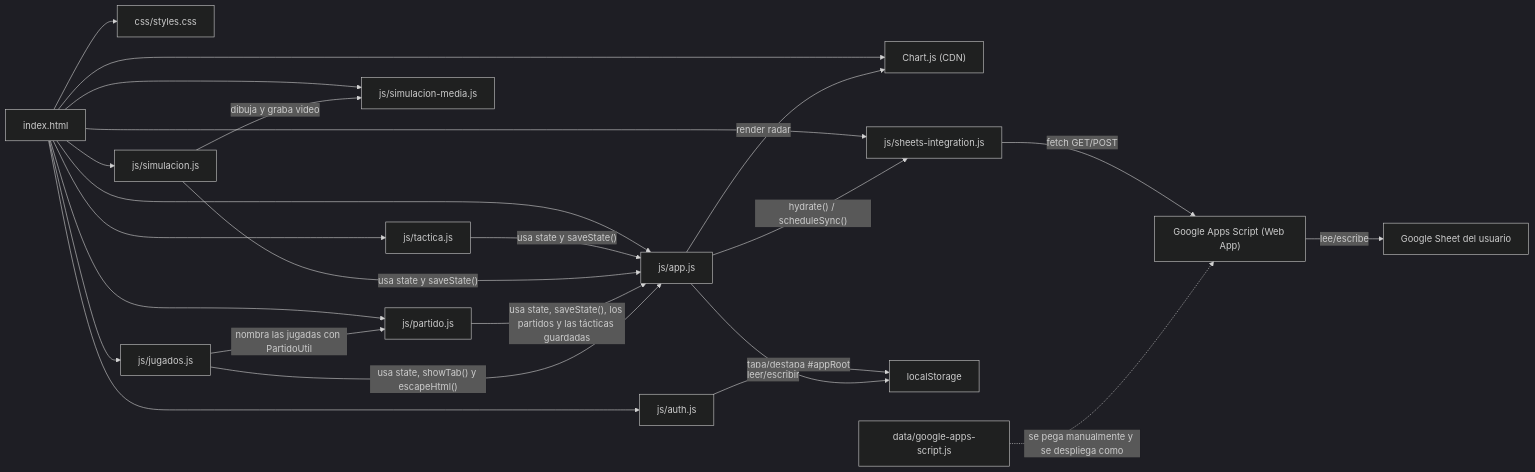
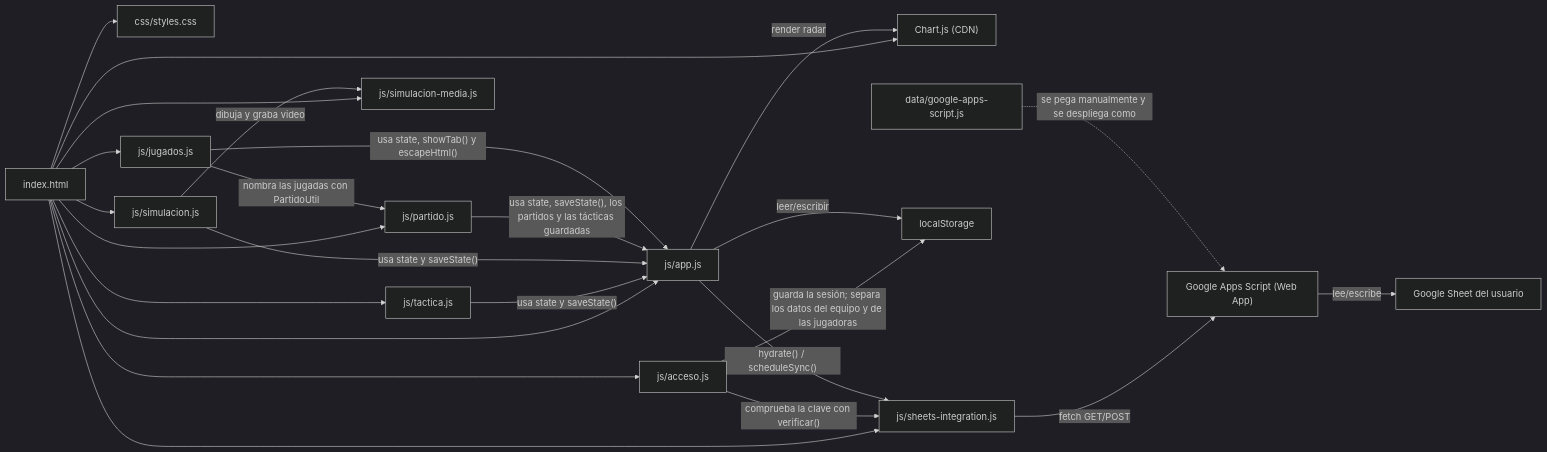
Before and after one commit to Lechuza22/DtCommander: the diagram in codemap/ARCHITECTURE.md, drawn with Mermaid (dark theme). The commit also changed other lines of this file, not shown here.

Commit message:
Acceso por roles (etapa A): entrada con clave del DT o del soporte, candado en el Apps Script y sin credenciales en el codigo

````diff
--- a/codemap/ARCHITECTURE.md
+++ b/codemap/ARCHITECTURE.md
@@ -18,30 +18,31 @@
 ```mermaid
 graph LR
     HTML["index.html"] --> CSS["css/styles.css"]
-    HTML --> AuthJS["js/auth.js"]
+    HTML --> AccesoJS["js/acceso.js"]
     HTML --> ChartJS["Chart.js (CDN)"]
     HTML --> SheetsJS["js/sheets-integration.js"]
     HTML --> AppJS["js/app.js"]
     HTML --> TacticaJS["js/tactica.js"]
     HTML --> SimMediaJS["js/simulacion-media.js"]
     HTML --> SimJS["js/simulacion.js"]
     HTML --> PartidoJS["js/partido.js"]
     HTML --> JugadosJS["js/jugados.js"]
 
-    AuthJS -->|"tapa/destapa #appRoot"| LocalStorage["localStorage"]
+    AccesoJS -->|"guarda la sesión; separa los datos del equipo y de las jugadoras"| LocalStorage["localStorage"]
+    AccesoJS -->|"comprueba la clave con verificar()"| SheetsJS
 
     AppJS -->|"render radar"| ChartJS
     AppJS -->|"leer/escribir"| LocalStorage["localStorage"]
     AppJS -->|"hydrate() / scheduleSync()"| SheetsJS
     TacticaJS -->|"usa state y saveState()"| AppJS
     SimJS -->|"usa state y saveState()"| AppJS
     SimJS -->|"dibuja y graba video"| SimMediaJS
     PartidoJS -->|"usa state, saveState(), los partidos y las tácticas guardadas"| AppJS
     JugadosJS -->|"usa state, showTab() y escapeHtml()"| AppJS
     JugadosJS -->|"nombra las jugadas con PartidoUtil"| PartidoJS
 
     SheetsJS -->|"fetch GET/POST"| WebApp["Google Apps Script (Web App)"]
     WebApp -->|"lee/escribe"| Sheet["Google Sheet del usuario"]
 
     GAS["data/google-apps-script.js"] -.->|"se pega manualmente y se despliega como"| WebApp
 ```
````
